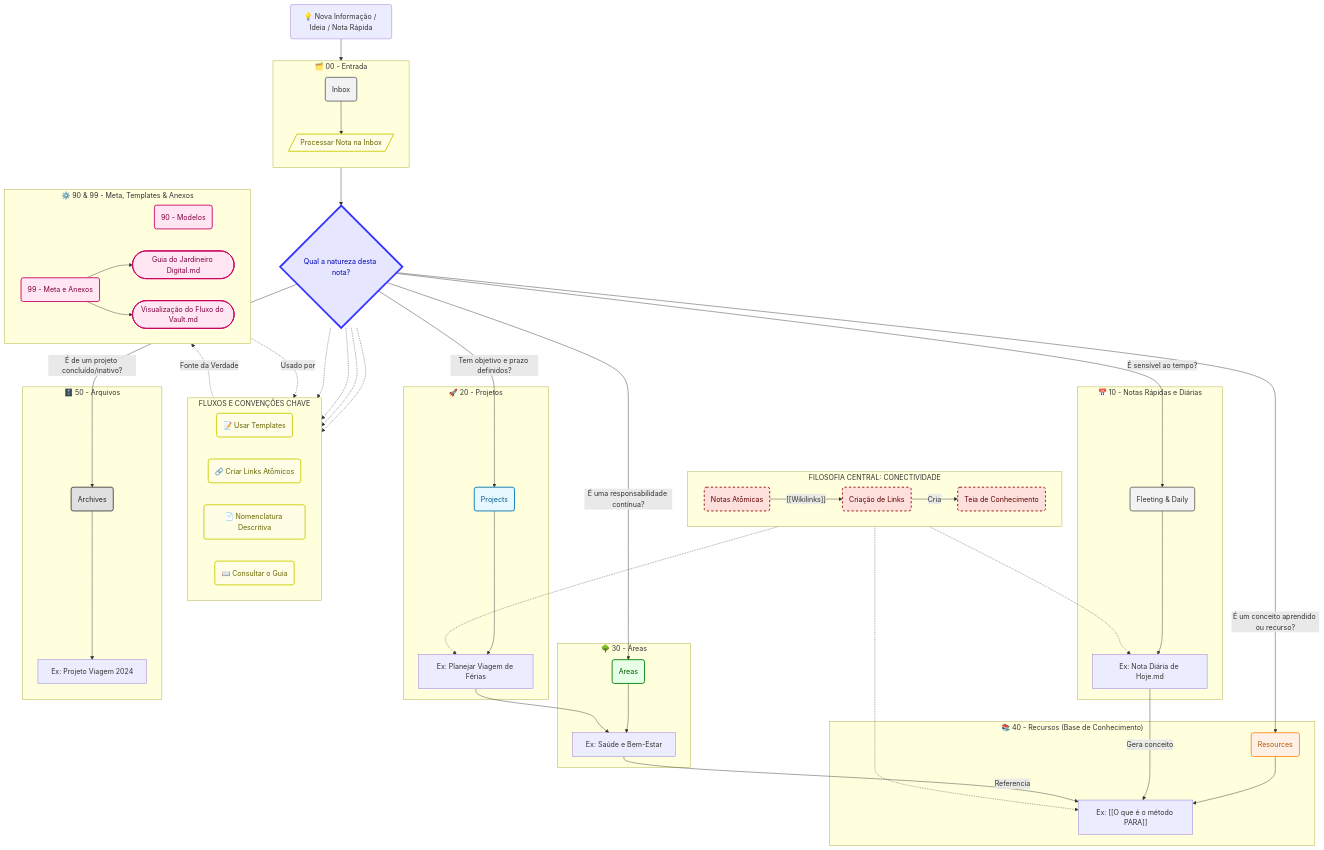
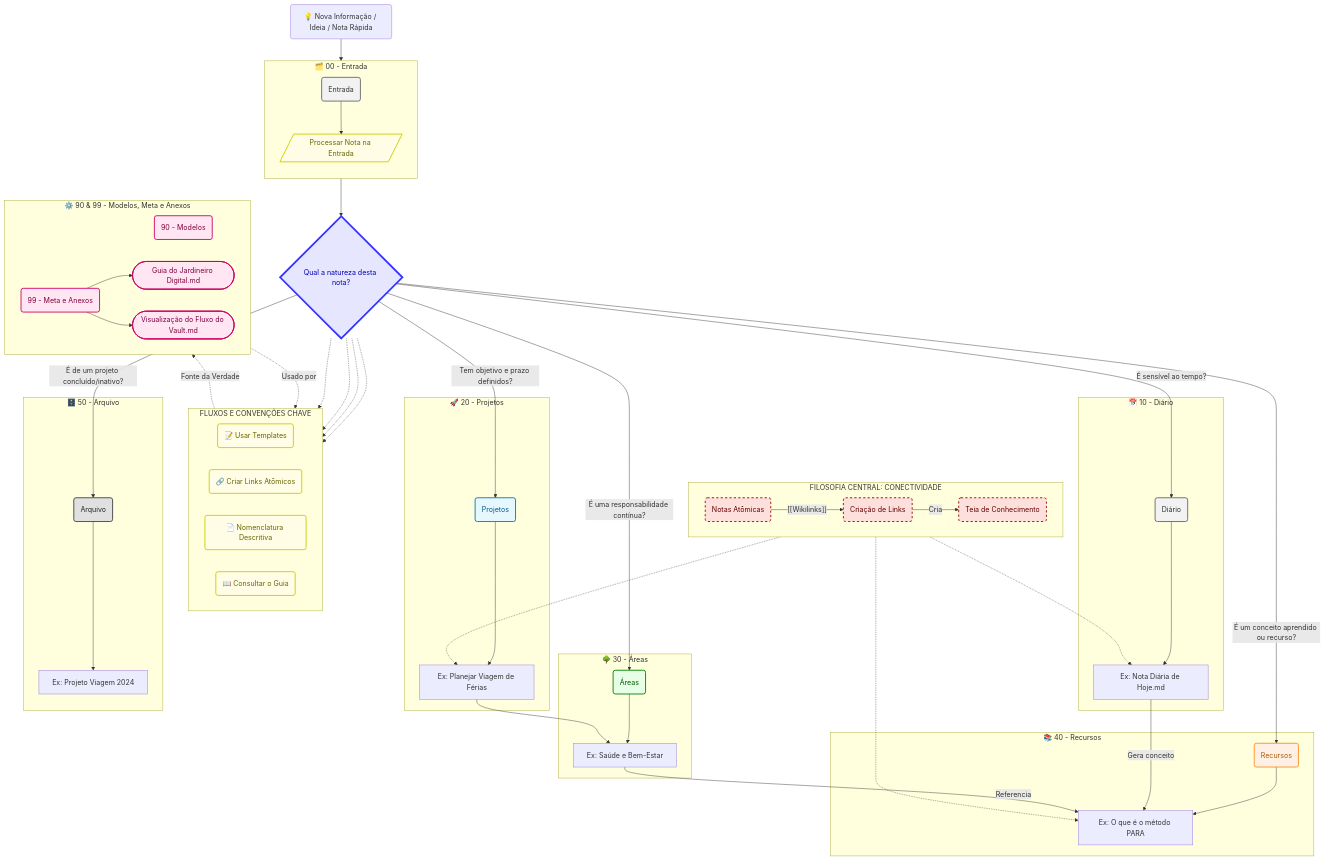
Before and after one commit to aretw0/vault-seed: the diagram in 99 - Meta e Anexos/Visualização do Fluxo do Vault.md, drawn with Mermaid. The commit also changed other lines of this file and 1 other file, not shown here.

Commit message:
feat(vault): inject mdt Mermaid diagrams into vault guides

```diff
--- a/99 - Meta e Anexos/Visualização do Fluxo do Vault.md
+++ b/99 - Meta e Anexos/Visualização do Fluxo do Vault.md
@@ -50,11 +51,11 @@
         P1 -- "[[Wikilinks]]" --> P2 -- "Cria" --> P3
     end
 
-    %% --- Inbox: Ponto de Entrada ---
+    %% --- Entrada: Ponto de Captura ---
     subgraph "🗂️ 00 - Entrada"
         direction TB
-        InboxDir(Inbox):::inbox
-        ProcessNote[/"Processar Nota na Inbox"/]:::action
+        InboxDir(Entrada):::inbox
+        ProcessNote[/"Processar Nota na Entrada"/]:::action
         InboxDir --> ProcessNote
     end
 
@@ -73,7 +74,6 @@
     %% --- Ligando Fluxos ao Processo ---
     MainDecision -.-> KW1 & KW2 & KW3 & KW4;
 
-
     %% --- Ramificações de Pastas (Método PARA) ---
     MainDecision -- "É sensível ao tempo?" --> DailyDir;
     MainDecision -- "Tem objetivo e prazo definidos?" --> ProjectsDir;
@@ -81,38 +81,38 @@
     MainDecision -- "É um conceito aprendido ou recurso?" --> KnowledgeDir;
     MainDecision -- "É de um projeto concluído/inativo?" --> ArchivesDir;
 
-    subgraph "📅 10 - Notas Rápidas e Diárias"
-        DailyDir(Fleeting & Daily):::inbox
+    subgraph "📅 10 - Diário"
+        DailyDir(Diário):::inbox
         Note_Daily["Ex: Nota Diária de Hoje.md"]
         DailyDir --> Note_Daily
     end
 
     subgraph "🚀 20 - Projetos"
-        ProjectsDir(Projects):::projects
+        ProjectsDir(Projetos):::projects
         Project_A["Ex: Planejar Viagem de Férias"]
         ProjectsDir --> Project_A
     end
 
     subgraph "🌳 30 - Áreas"
-        AreasDir(Areas):::areas
+        AreasDir(Áreas):::areas
         Area_A["Ex: Saúde e Bem-Estar"]
         AreasDir --> Area_A
     end
 
-    subgraph "📚 40 - Recursos (Base de Conhecimento)"
-        KnowledgeDir(Resources):::knowledge
-        Concept_A["Ex: [[O que é o método PARA]]"]
+    subgraph "📚 40 - Recursos"
+        KnowledgeDir(Recursos):::knowledge
+        Concept_A["Ex: O que é o método PARA"]
         KnowledgeDir --> Concept_A
     end
 
-    subgraph "🗄️ 50 - Arquivos"
-        ArchivesDir(Archives):::archives
+    subgraph "🗄️ 50 - Arquivo"
+        ArchivesDir(Arquivo):::archives
         CompletedProject["Ex: Projeto Viagem 2024"]
         ArchivesDir --> CompletedProject
     end
 
-    %% --- Meta, Templates e o Guia ---
-    subgraph "⚙️ 90 & 99 - Meta, Templates & Anexos"
+    %% --- Meta, Modelos e Anexos ---
+    subgraph "⚙️ 90 & 99 - Modelos, Meta e Anexos"
         direction LR
         TemplatesDir("90 - Modelos"):::meta
         MetaDir("99 - Meta e Anexos"):::meta
```
